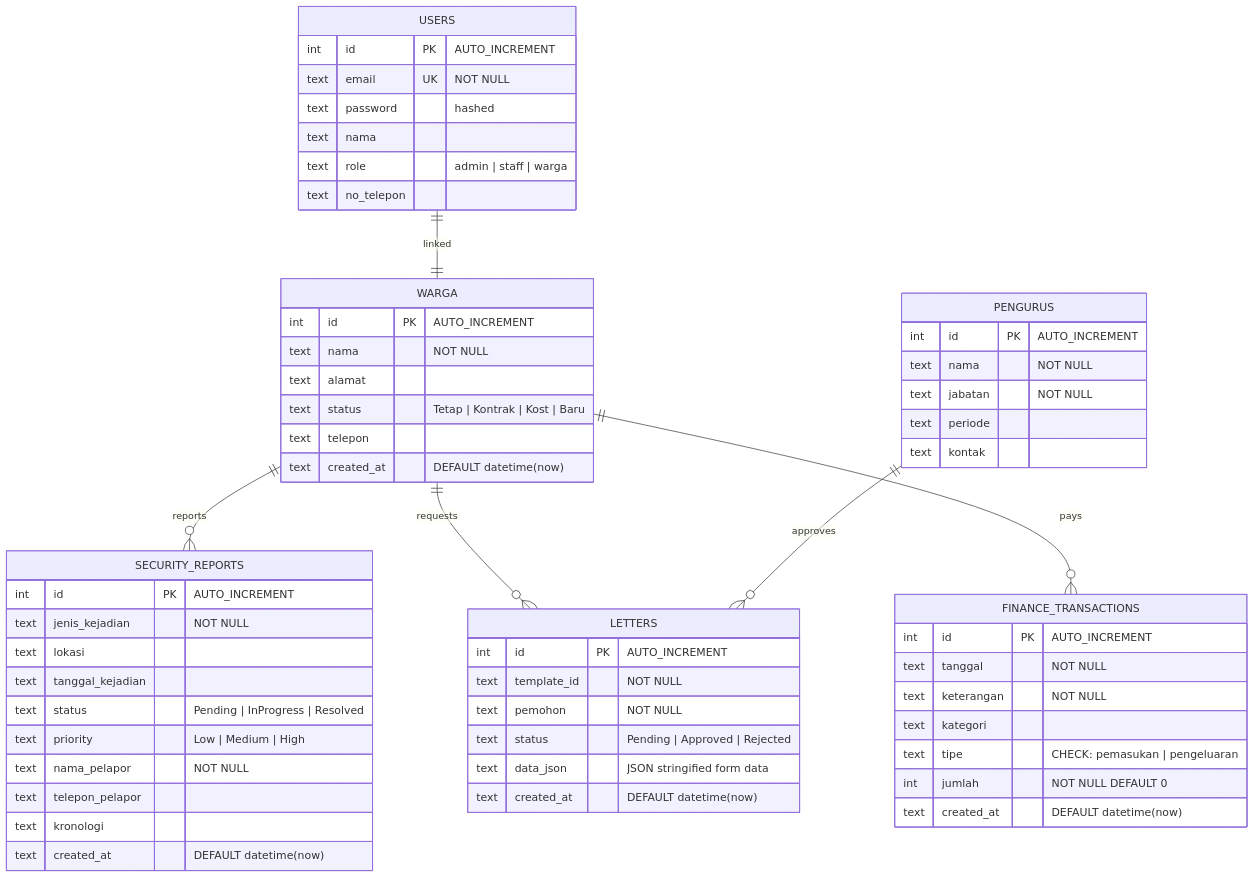
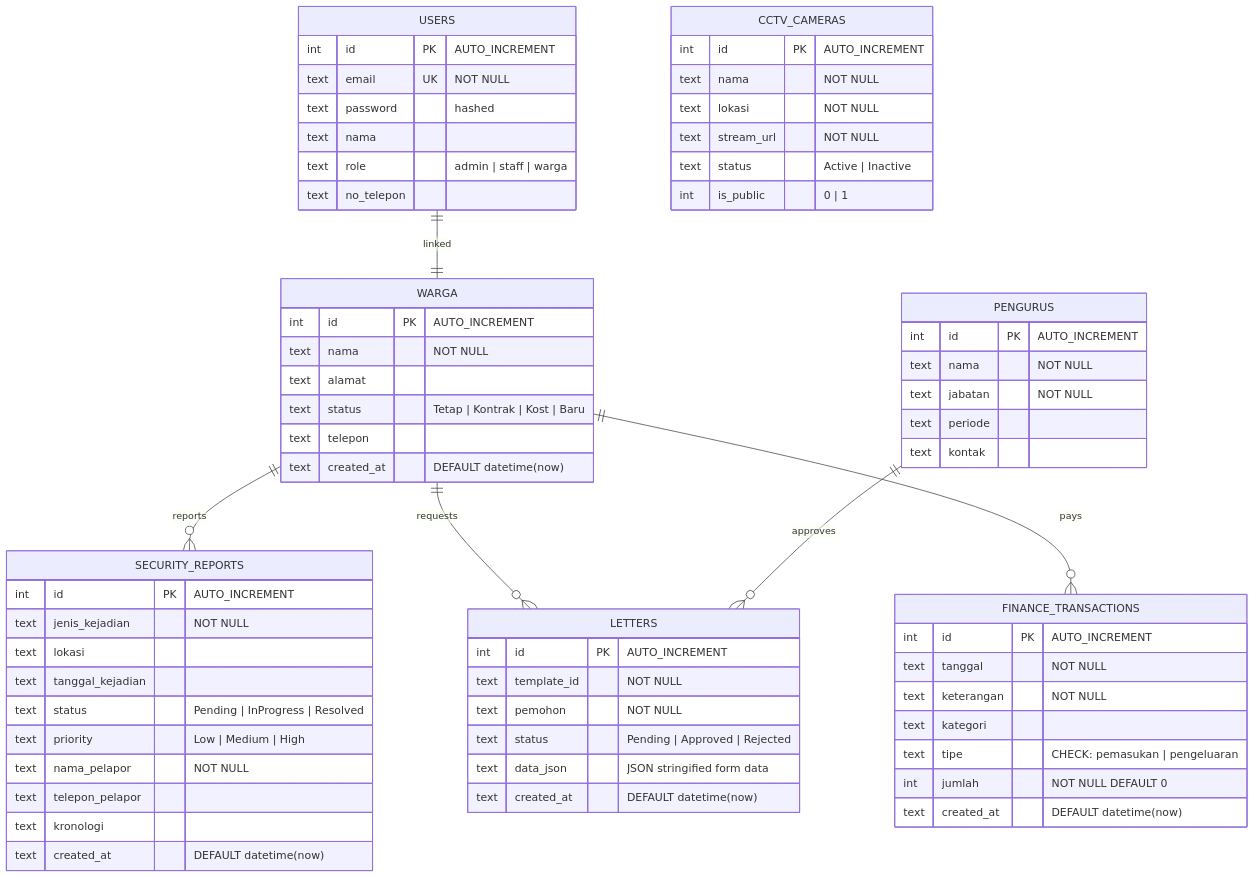
The second of 2 diagrams in prompt/PRISMA_PROJECT_PROMPT.md (ProgrammingDevelopment/PRISMA), drawn with Mermaid before and after one commit. The commit also changed other lines of this file and 2 other files, not shown here.

````diff
--- a/prompt/PRISMA_PROJECT_PROMPT.md
+++ b/prompt/PRISMA_PROJECT_PROMPT.md
@@ -588,66 +595,75 @@
 ```mermaid
 erDiagram
     USERS {
         int id PK "AUTO_INCREMENT"
         text email UK "NOT NULL"
         text password "hashed"
         text nama
         text role "admin | staff | warga"
         text no_telepon
     }
 
     WARGA {
         int id PK "AUTO_INCREMENT"
         text nama "NOT NULL"
         text alamat
         text status "Tetap | Kontrak | Kost | Baru"
         text telepon
         text created_at "DEFAULT datetime(now)"
     }
 
     PENGURUS {
         int id PK "AUTO_INCREMENT"
         text nama "NOT NULL"
         text jabatan "NOT NULL"
         text periode
         text kontak
     }
 
     SECURITY_REPORTS {
         int id PK "AUTO_INCREMENT"
         text jenis_kejadian "NOT NULL"
         text lokasi
         text tanggal_kejadian
         text status "Pending | InProgress | Resolved"
         text priority "Low | Medium | High"
         text nama_pelapor "NOT NULL"
         text telepon_pelapor
         text kronologi
         text created_at "DEFAULT datetime(now)"
     }
 
     FINANCE_TRANSACTIONS {
         int id PK "AUTO_INCREMENT"
         text tanggal "NOT NULL"
         text keterangan "NOT NULL"
         text kategori
         text tipe "CHECK: pemasukan | pengeluaran"
         int jumlah "NOT NULL DEFAULT 0"
         text created_at "DEFAULT datetime(now)"
     }
 
     LETTERS {
         int id PK "AUTO_INCREMENT"
         text template_id "NOT NULL"
         text pemohon "NOT NULL"
         text status "Pending | Approved | Rejected"
         text data_json "JSON stringified form data"
         text created_at "DEFAULT datetime(now)"
     }
 
+    CCTV_CAMERAS {
+        int id PK "AUTO_INCREMENT"
+        text nama "NOT NULL"
+        text lokasi "NOT NULL"
+        text stream_url "NOT NULL"
+        text status "Active | Inactive"
+        int is_public "0 | 1"
+    }
+
     WARGA ||--o{ SECURITY_REPORTS : "reports"
     WARGA ||--o{ LETTERS : "requests"
     WARGA ||--o{ FINANCE_TRANSACTIONS : "pays"
     USERS ||--|| WARGA : "linked"
     PENGURUS ||--o{ LETTERS : "approves"
 ```
````
